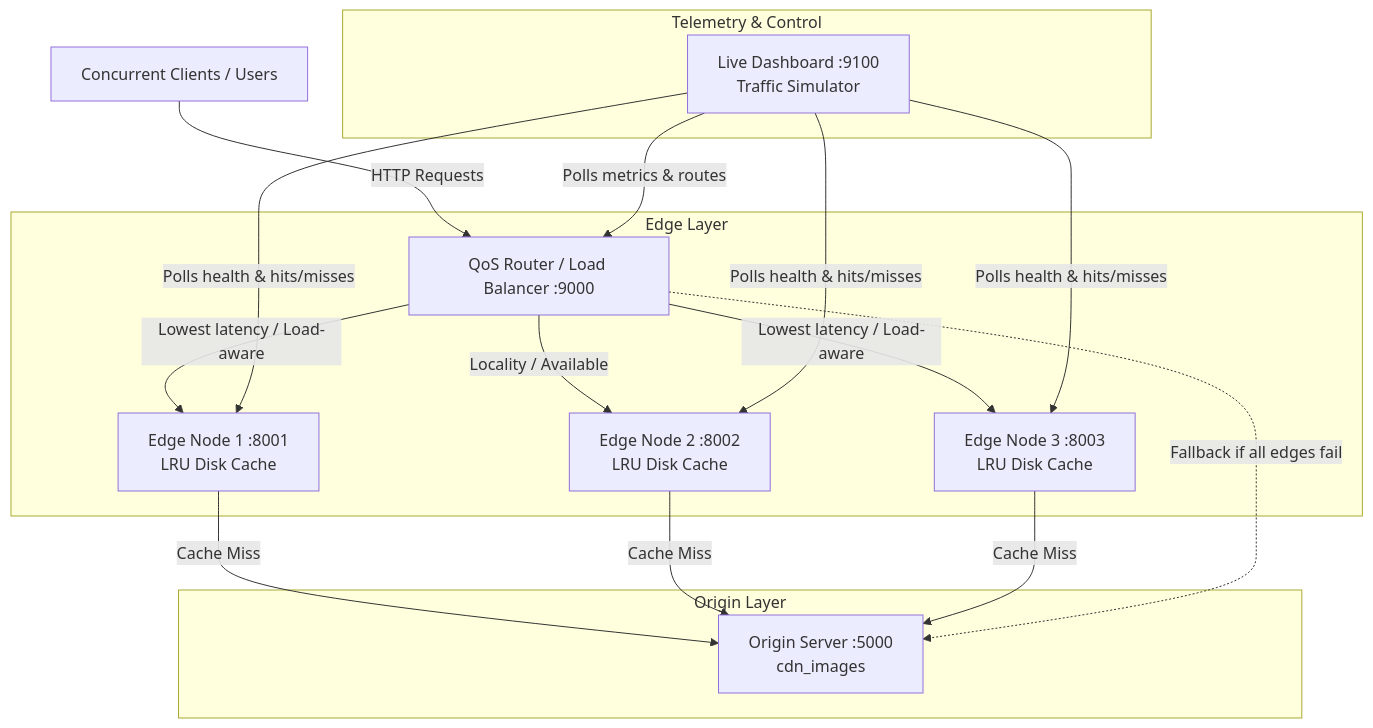
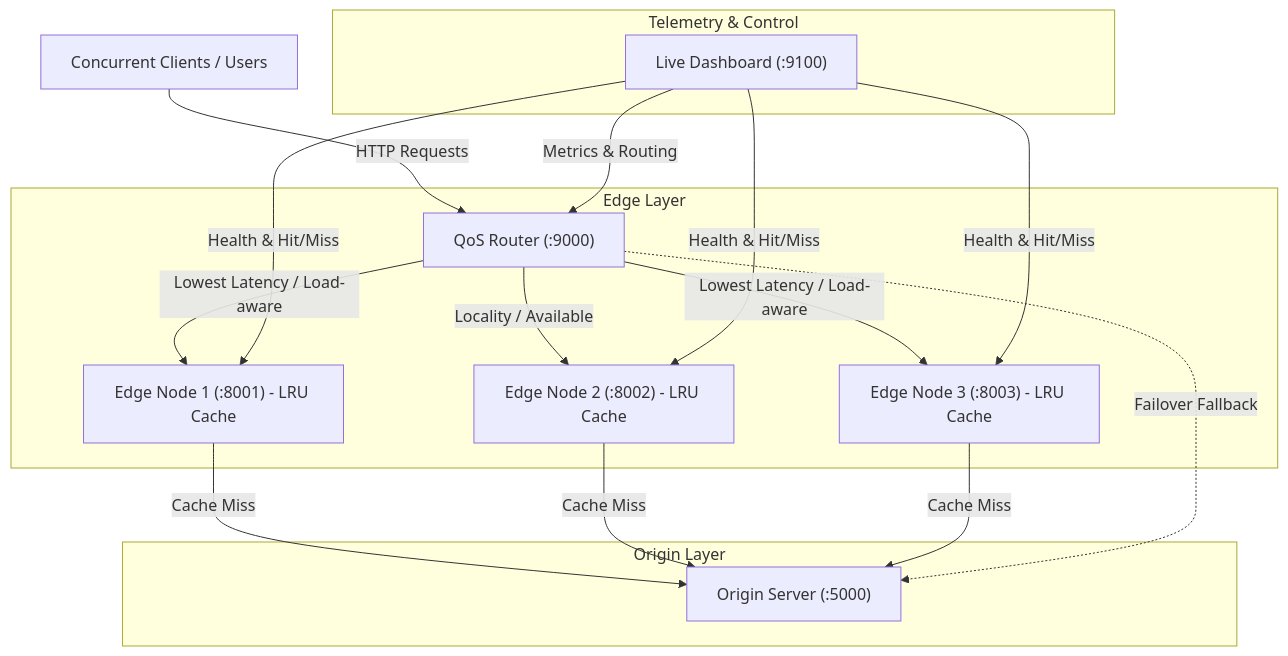
One commit to pradyumna0222/edge-cdn-qos changed the diagram in README.md. Above: the diagram before and after it, drawn with Mermaid.

Commit message:
fix: format mermaid diagram with quoted node labels and safe subgraphs

````diff
--- a/README.md
+++ b/README.md
@@ -9,24 +9,24 @@
 ```mermaid
 graph TD
-    Client[Concurrent Clients / Users] -->|HTTP Requests| Router[QoS Router / Load Balancer :9000]
-    
-    subgraph Edge Layer
-        Router -->|Lowest latency / Load-aware| Edge1[Edge Node 1 :8001<br/>LRU Disk Cache]
-        Router -->|Locality / Available| Edge2[Edge Node 2 :8002<br/>LRU Disk Cache]
-        Router -->|Lowest latency / Load-aware| Edge3[Edge Node 3 :8003<br/>LRU Disk Cache]
-    end
-    
-    subgraph Origin Layer
-        Edge1 -->|Cache Miss| Origin[Origin Server :5000<br/>cdn_images]
-        Edge2 -->|Cache Miss| Origin
-        Edge3 -->|Cache Miss| Origin
-        Router -.->|Fallback if all edges fail| Origin
+    Client["Concurrent Clients / Users"] -->|"HTTP Requests"| Router["QoS Router (:9000)"]
+
+    subgraph EdgeLayer ["Edge Layer"]
+        Router -->|"Lowest Latency / Load-aware"| Edge1["Edge Node 1 (:8001) - LRU Cache"]
+        Router -->|"Locality / Available"| Edge2["Edge Node 2 (:8002) - LRU Cache"]
+        Router -->|"Lowest Latency / Load-aware"| Edge3["Edge Node 3 (:8003) - LRU Cache"]
     end
 
-    subgraph Telemetry & Control
-        Dashboard[Live Dashboard :9100<br/>Traffic Simulator] -->|Polls metrics & routes| Router
-        Dashboard -->|Polls health & hits/misses| Edge1
-        Dashboard -->|Polls health & hits/misses| Edge2
-        Dashboard -->|Polls health & hits/misses| Edge3
+    subgraph OriginLayer ["Origin Layer"]
+        Edge1 -->|"Cache Miss"| Origin["Origin Server (:5000)"]
+        Edge2 -->|"Cache Miss"| Origin
+        Edge3 -->|"Cache Miss"| Origin
+        Router -.->|"Failover Fallback"| Origin
+    end
+
+    subgraph TelemetryLayer ["Telemetry & Control"]
+        Dashboard["Live Dashboard (:9100)"] -->|"Metrics & Routing"| Router
+        Dashboard -->|"Health & Hit/Miss"| Edge1
+        Dashboard -->|"Health & Hit/Miss"| Edge2
+        Dashboard -->|"Health & Hit/Miss"| Edge3
     end
 ```
````
